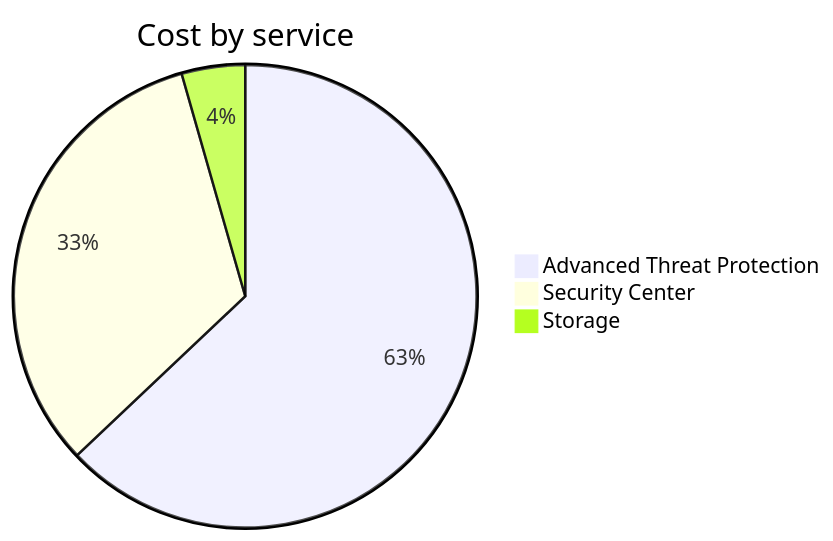
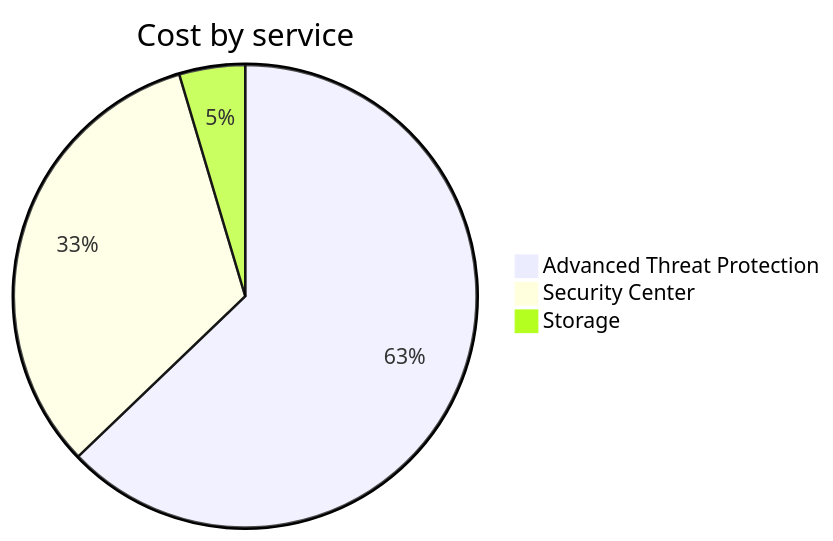
The second of 4 diagrams in cost-reports/cloud-shell-storage-eastus/README.md (jpfulton/azure-personal-reports), drawn with Mermaid before and after one commit. The commit also changed other lines of this file and 1 other file, not shown here.

````diff
--- a/cost-reports/cloud-shell-storage-eastus/README.md
+++ b/cost-reports/cloud-shell-storage-eastus/README.md
@@ -95,7 +95,7 @@
 ```mermaid
 pie
    title Cost by service
    "Advanced Threat Protection" : 3.55
    "Security Center" : 1.84
-   "Storage" : 0.25
+   "Storage" : 0.26
 ```
````
